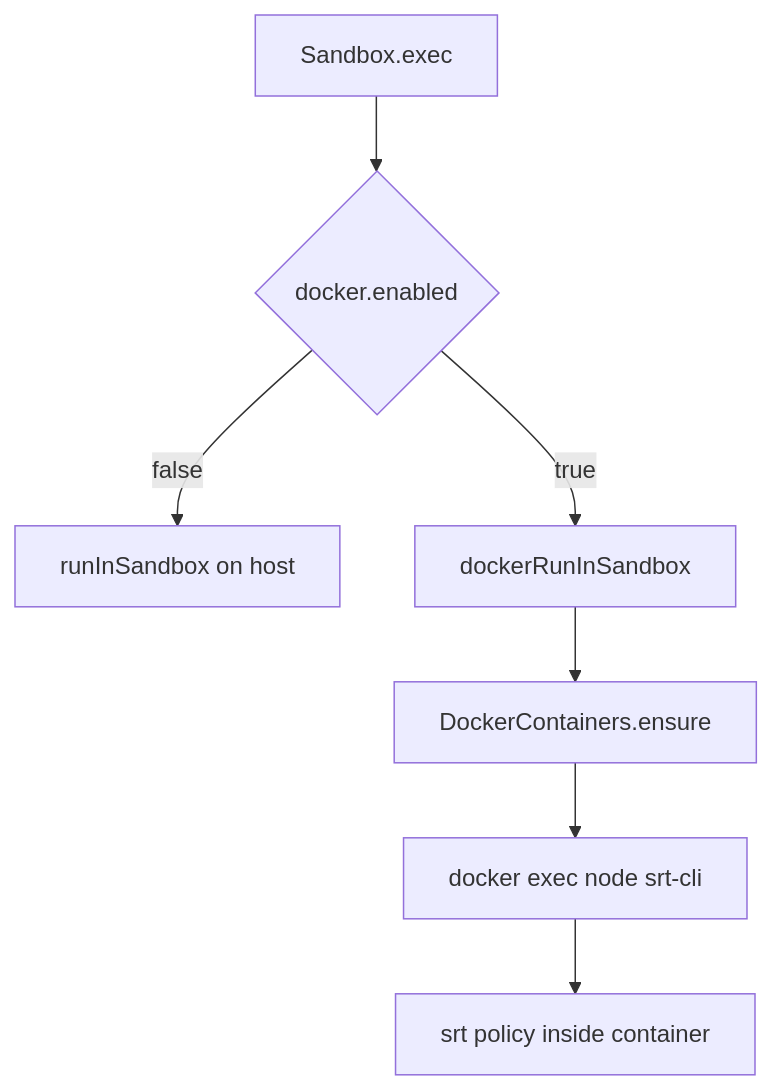
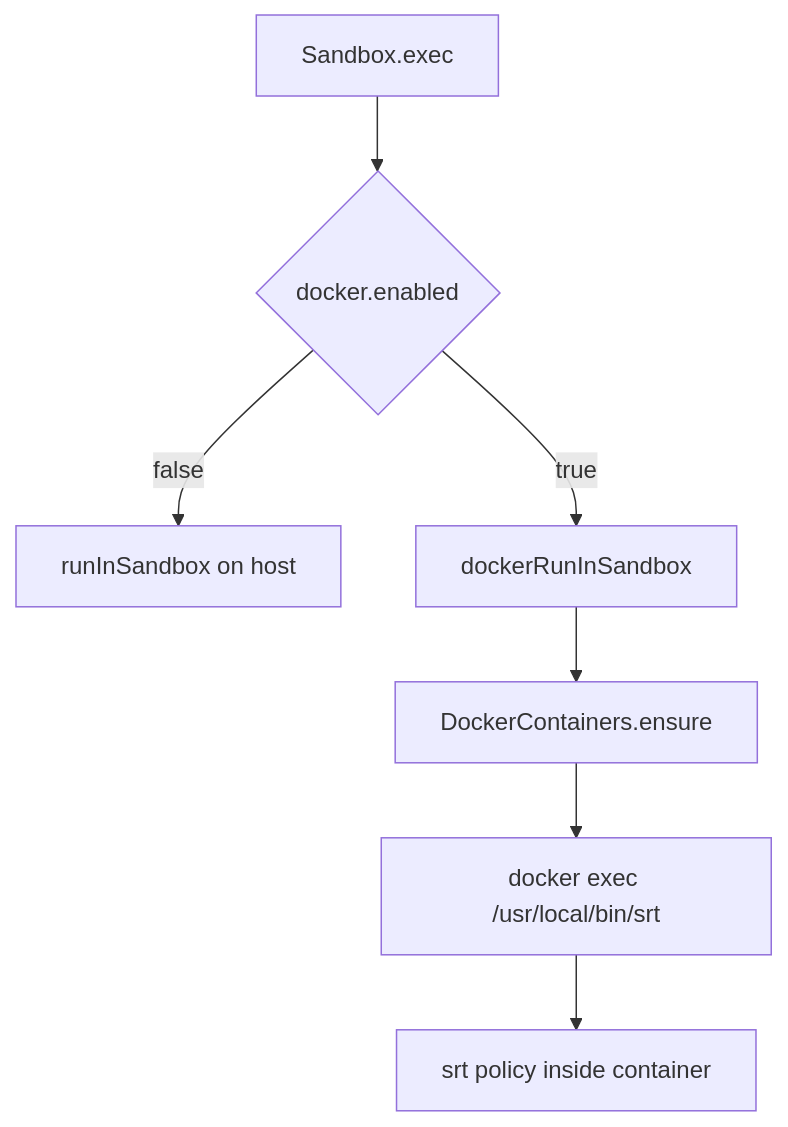
One commit to ex3ndr/daycare changed the first of 2 diagrams in packages/daycare/sources/sandbox/docker/README.md. Above: the diagram before and after it, drawn with Mermaid. The commit also changed 10 other files, not shown here.

Commit message:
feat(sandbox): compile docker srt runtime with bun

````diff
--- a/packages/daycare/sources/sandbox/docker/README.md
+++ b/packages/daycare/sources/sandbox/docker/README.md
@@ -38,9 +38,9 @@
 ```mermaid
 graph TD
     A[Sandbox.exec] --> B{docker.enabled}
     B -->|false| C[runInSandbox on host]
     B -->|true| D[dockerRunInSandbox]
     D --> E[DockerContainers.ensure]
-    E --> F[docker exec node srt-cli]
+    E --> F[docker exec /usr/local/bin/srt]
     F --> G[srt policy inside container]
 ```
````
